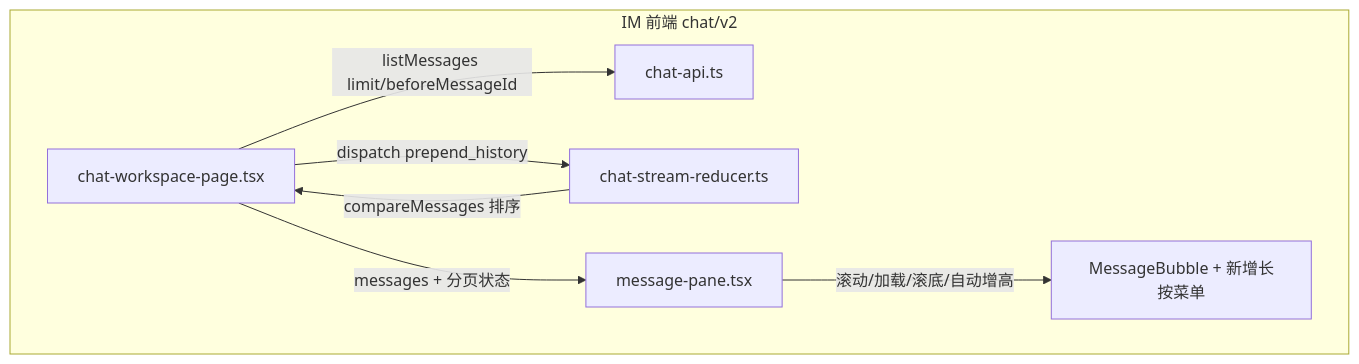
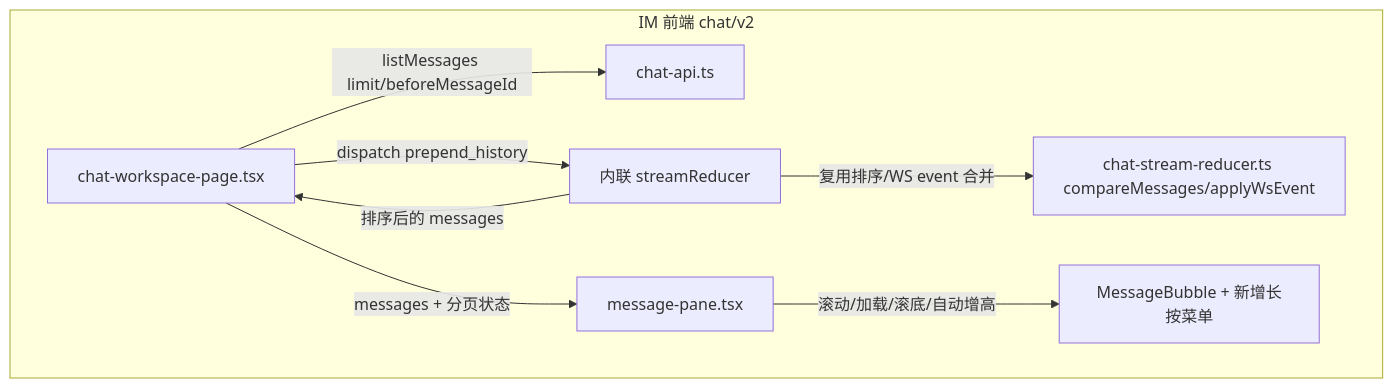
One commit to Mrchen116/nano-multiagent changed the first of 3 diagrams in docs/changes/feat-451-chat-history-pagination/design.md. Above: the diagram before and after it, drawn with Mermaid. The commit also changed other lines of this file and 1 other file, not shown here.

````diff
--- a/docs/changes/feat-451-chat-history-pagination/design.md
+++ b/docs/changes/feat-451-chat-history-pagination/design.md
@@ -53,15 +53,17 @@
 ```mermaid
 graph TD
     subgraph "IM 前端 chat/v2"
         CW[chat-workspace-page.tsx]
+        ISR[内联 streamReducer]
         MP[message-pane.tsx]
         CA[chat-api.ts]
-        SR[chat-stream-reducer.ts]
+        CSR[chat-stream-reducer.ts compareMessages/applyWsEvent]
         MB[MessageBubble + 新增长按菜单]
     end
     CW -->|listMessages limit/beforeMessageId| CA
-    CW -->|dispatch prepend_history| SR
+    CW -->|dispatch prepend_history| ISR
+    ISR -->|复用排序/WS event 合并| CSR
     CW -->|messages + 分页状态| MP
     MP -->|滚动/加载/滚底/自动增高| MB
-    SR -->|compareMessages 排序| CW
+    ISR -->|排序后的 messages| CW
 ```
````
